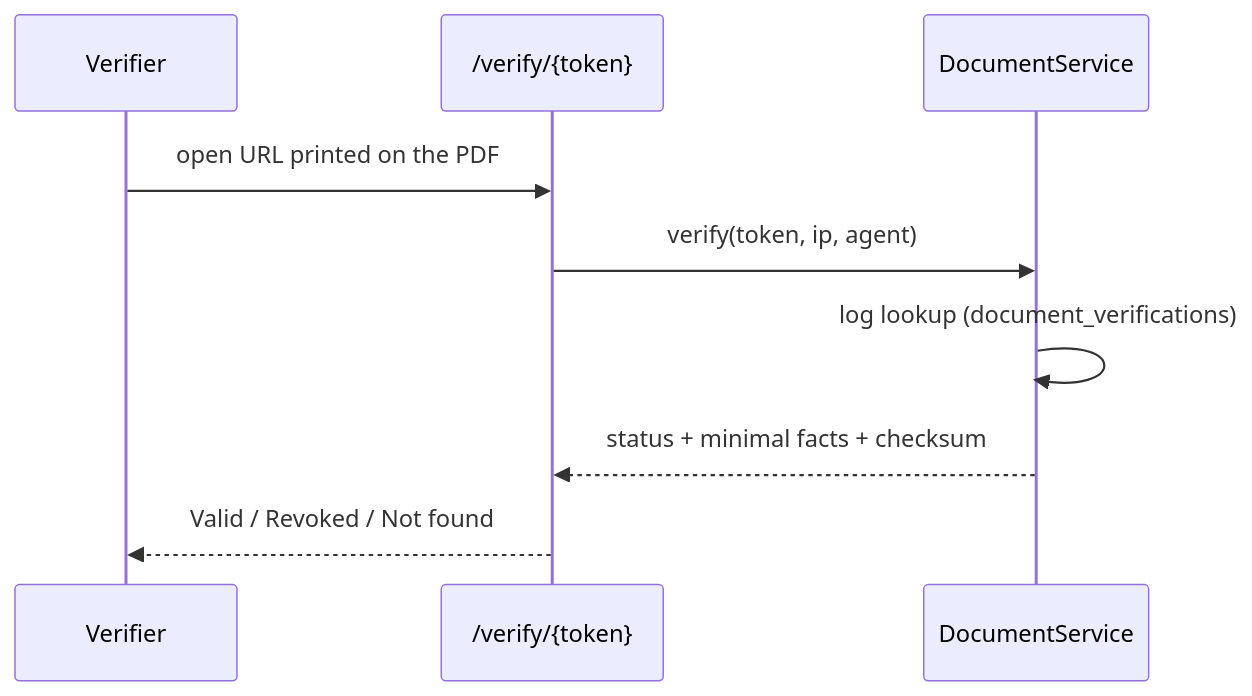
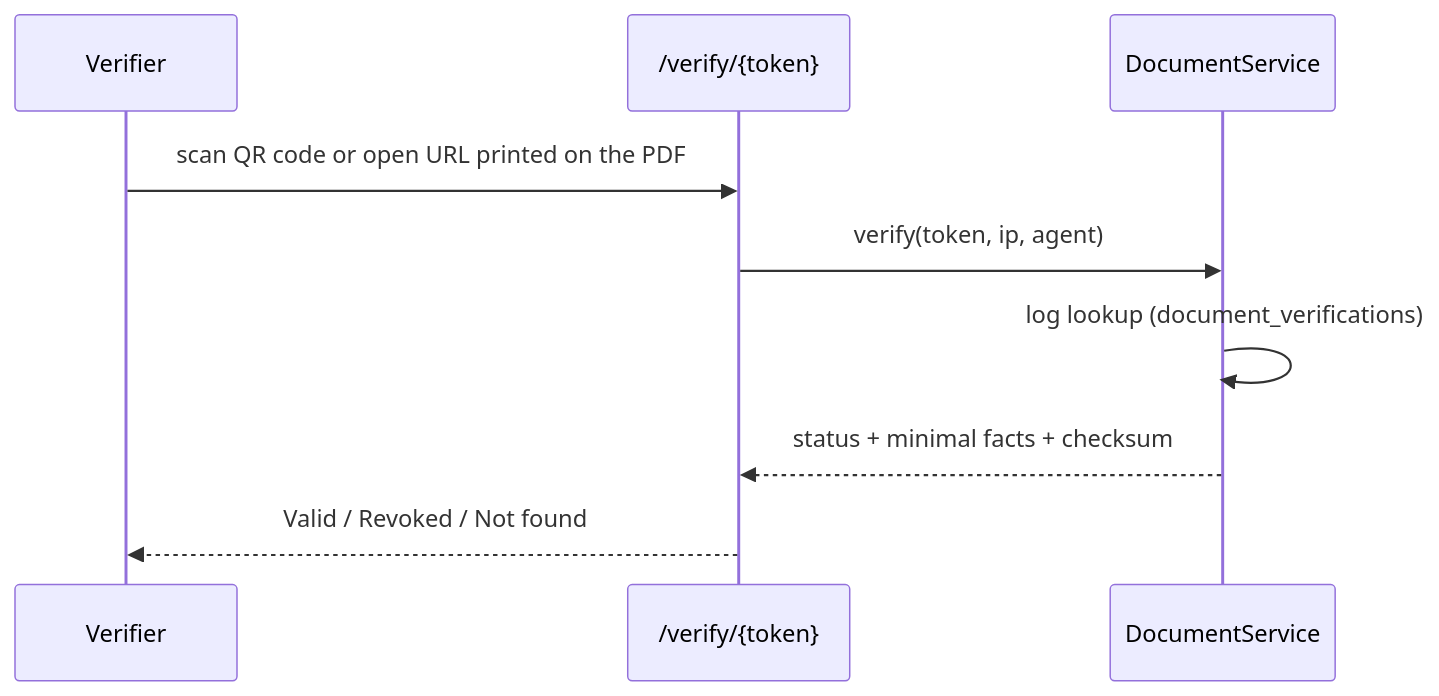
One commit to RITH-1437/educore changed the third of 3 diagrams in docs/22_Documents-and-Verification-Report.md. Above: the diagram before and after it, drawn with Mermaid. The commit also changed other lines of this file and 7 other files, not shown here.

````diff
--- a/docs/22_Documents-and-Verification-Report.md
+++ b/docs/22_Documents-and-Verification-Report.md
@@ -108,11 +113,11 @@
 ```mermaid
 sequenceDiagram
   participant V as Verifier
   participant W as /verify/{token}
   participant S as DocumentService
-  V->>W: open URL printed on the PDF
+  V->>W: scan QR code or open URL printed on the PDF
   W->>S: verify(token, ip, agent)
   S->>S: log lookup (document_verifications)
   S-->>W: status + minimal facts + checksum
   W-->>V: Valid / Revoked / Not found
 ```
````
